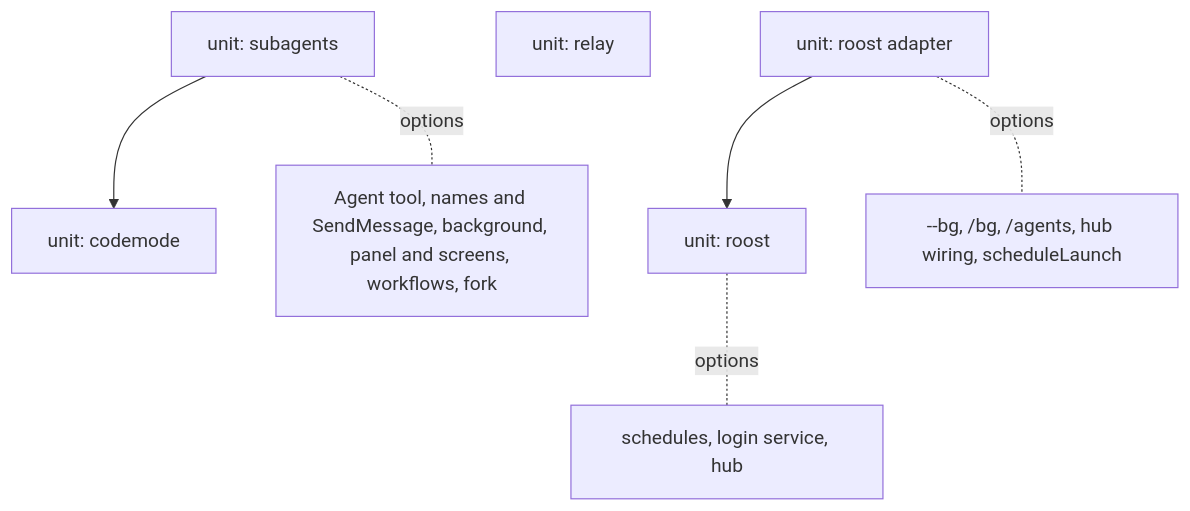
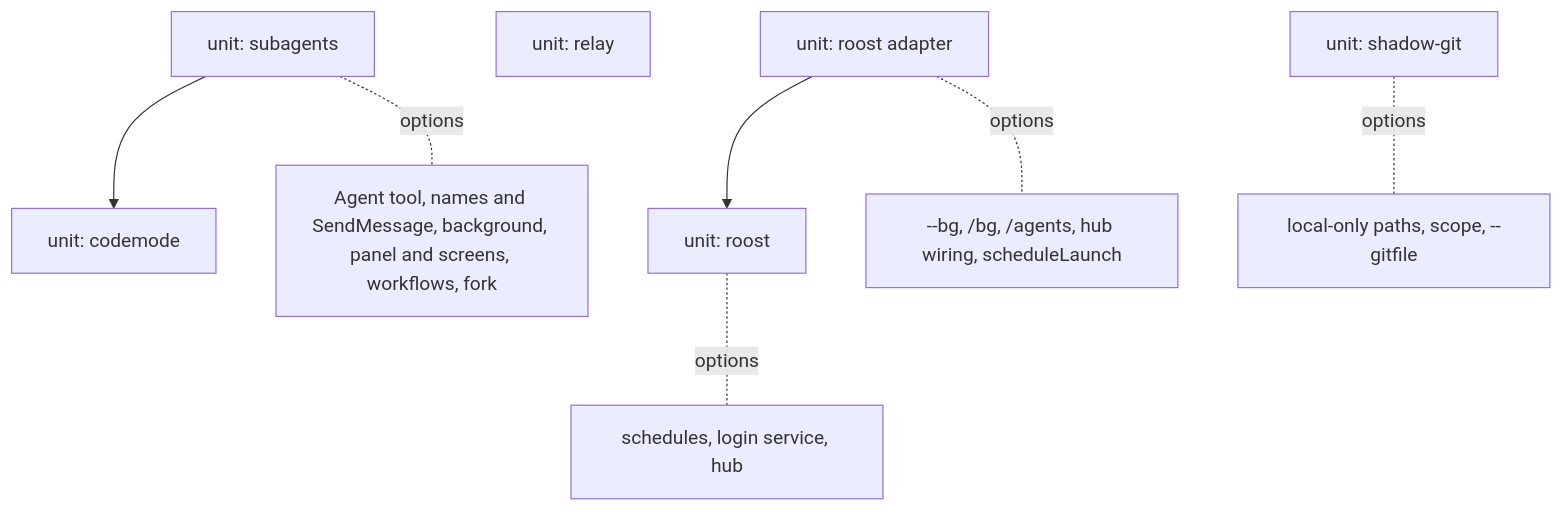
Before and after one commit to luoxin9510/xin-pi: the diagram in packages/xpi-coding-agent/docs/porting.md, drawn with Mermaid. The commit also changed other lines of this file and 45 other files, not shown here.

First line of the commit message:
feat(coding-agent): xpi sg core, the xpi-shadow-git package

````diff
--- a/packages/xpi-coding-agent/docs/porting.md
+++ b/packages/xpi-coding-agent/docs/porting.md
@@ -34,13 +35,15 @@
 ```mermaid
 graph TD
   codemode[unit: codemode]
   subagents[unit: subagents]
   relay[unit: relay]
   roost[unit: roost]
   adapter[unit: roost adapter]
+  shadowgit[unit: shadow-git]
   subagents --> codemode
   adapter --> roost
   subagents -. options .- o1[Agent tool, names and SendMessage, background, panel and screens, workflows, fork]
   roost -. options .- o2[schedules, login service, hub]
+  shadowgit -. options .- o4[local-only paths, scope, --gitfile]
   adapter -. options .- o3[--bg, /bg, /agents, hub wiring, scheduleLaunch]
 ```
````
